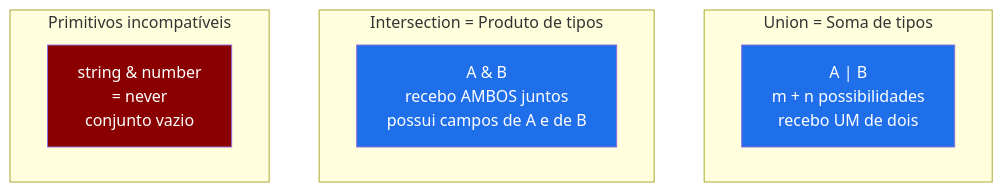
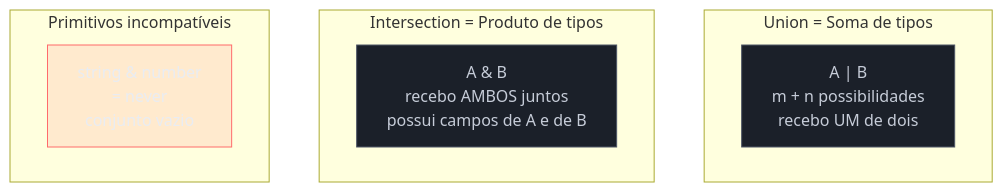
The third of 4 diagrams in 03-Dominios/Tecnologia/TypeScript/07 - Union e intersection types.md (josenaldo/codex-technomanticus), drawn with Mermaid before and after one commit. The commit also changed other lines of this file and 1181 other files, not shown here.

First line of the commit message:
fix(diagramas): paleta do sistema no lugar de cor cravada no markdown

````diff
--- a/03-Dominios/Tecnologia/TypeScript/07 - Union e intersection types.md
+++ b/03-Dominios/Tecnologia/TypeScript/07 - Union e intersection types.md
@@ -183,16 +187,18 @@
 ```mermaid
 graph TD
+    classDef neutro fill:#1B2029,stroke:#4E5666,color:#C6CCD8
+    classDef falha fill:#FF6B6B24,stroke:#FF6B6B,color:#E9ECF2
     subgraph SOMA["Union = Soma de tipos"]
         S["A | B\nm + n possibilidades\nrecebo UM de dois"]
     end
     subgraph PRODUTO["Intersection = Produto de tipos"]
         P["A & B\nrecebo AMBOS juntos\npossui campos de A e de B"]
     end
     subgraph VAZIO["Primitivos incompatíveis"]
         V["string & number\n= never\nconjunto vazio"]
     end
 
-    style S fill:#1f6feb,color:#fff
-    style P fill:#1f6feb,color:#fff
-    style V fill:#8a0000,color:#fff
+    class S neutro
+    class P neutro
+    class V falha
 ```
````
